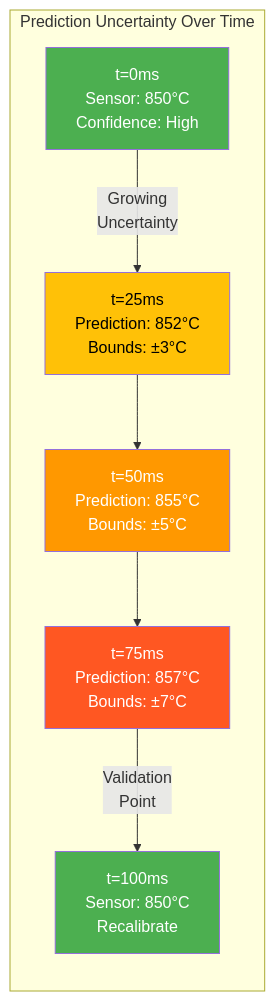
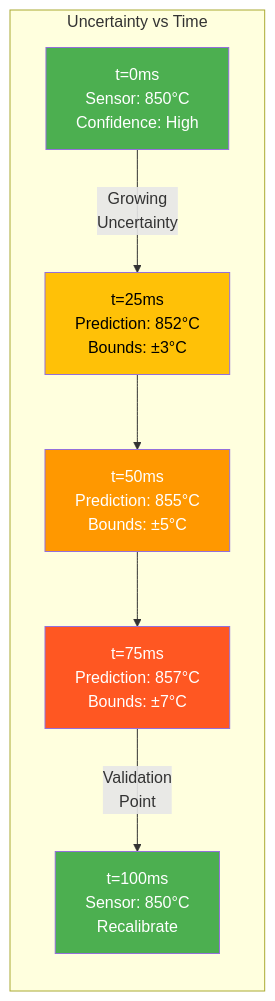
The first of 3 diagrams in docs/tech-specs/spec-digital-twin-architecture.md (benjaminbooth/neutron-os-core), drawn with Mermaid before and after one commit. The commit also changed other lines of this file and 19 other files, not shown here.

````diff
--- a/docs/tech-specs/spec-digital-twin-architecture.md
+++ b/docs/tech-specs/spec-digital-twin-architecture.md
@@ -69,21 +341,21 @@
 ```mermaid
 graph LR
-    subgraph "Prediction Uncertainty Over Time"
+    subgraph UNC["Uncertainty vs Time"]
         T0["t=0ms<br/>Sensor: 850°C<br/>Confidence: High"]
         T25["t=25ms<br/>Prediction: 852°C<br/>Bounds: ±3°C"]
         T50["t=50ms<br/>Prediction: 855°C<br/>Bounds: ±5°C"]
         T75["t=75ms<br/>Prediction: 857°C<br/>Bounds: ±7°C"]
         T100["t=100ms<br/>Sensor: 850°C<br/>Recalibrate"]
         
         T0 -->|"Growing<br/>Uncertainty"| T25
         T25 --> T50
         T50 --> T75
         T75 -->|"Validation<br/>Point"| T100
     end
     
     style T0 fill:#4CAF50,color:#fff
     style T100 fill:#4CAF50,color:#fff
     style T25 fill:#FFC107,color:#000
     style T50 fill:#FF9800,color:#fff
     style T75 fill:#FF5722,color:#fff
 ```
````
